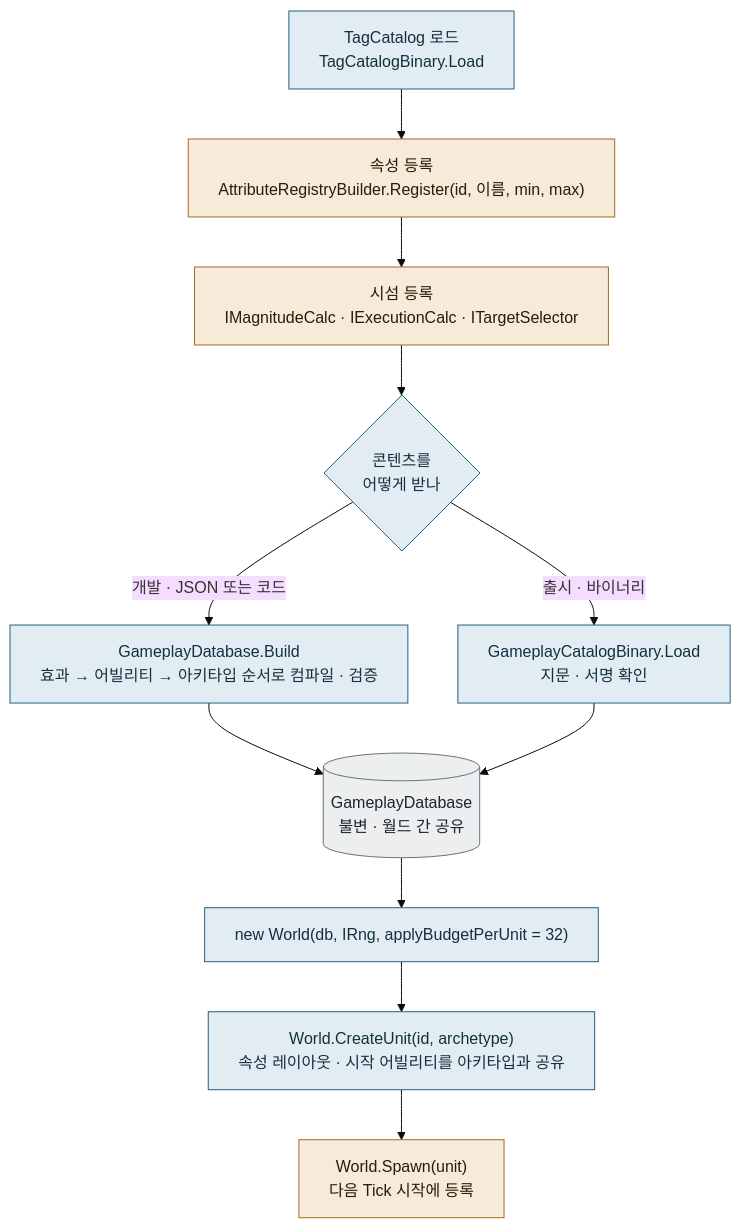
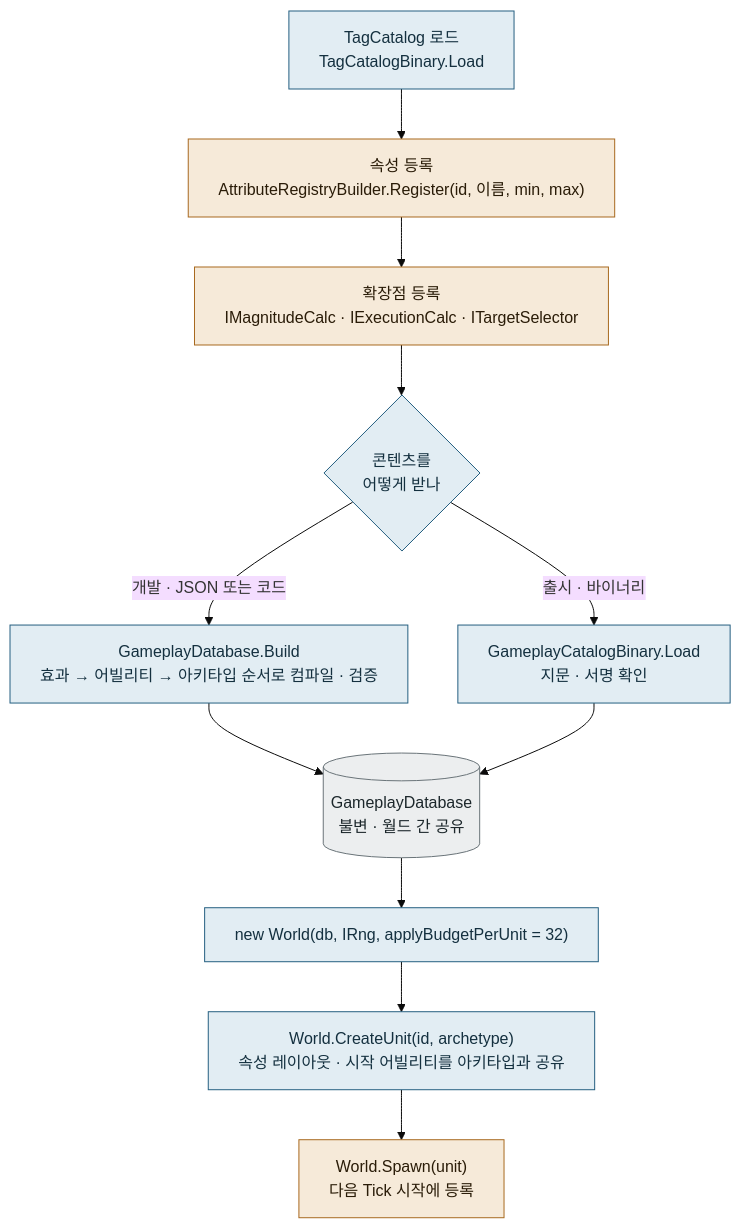
One commit to Bun3/bun3-kit changed the seventh of 13 diagrams in docs/architecture/gameplay.md. Above: the diagram before and after it, drawn with Mermaid (base theme). The commit also changed other lines of this file and 1 other file, not shown here.

````diff
--- a/docs/architecture/gameplay.md
+++ b/docs/architecture/gameplay.md
@@ -187,18 +187,18 @@
 ```mermaid
 %%{init: {"flowchart": {"wrappingWidth": 640}}}%%
 flowchart TD
   T["TagCatalog 로드<br/>TagCatalogBinary.Load"] --> R
   R["속성 등록<br/>AttributeRegistryBuilder.Register(id, 이름, min, max)"]:::game --> S
-  S["시섬 등록<br/>IMagnitudeCalc · IExecutionCalc · ITargetSelector"]:::game --> D
+  S["확장점 등록<br/>IMagnitudeCalc · IExecutionCalc · ITargetSelector"]:::game --> D
   D{"콘텐츠를<br/>어떻게 받나"}
   D -->|"개발 · JSON 또는 코드"| B["GameplayDatabase.Build<br/>효과 → 어빌리티 → 아키타입 순서로 컴파일 · 검증"]
   D -->|"출시 · 바이너리"| L["GameplayCatalogBinary.Load<br/>지문 · 서명 확인"]
   B --> DB[("GameplayDatabase<br/>불변 · 월드 간 공유")]:::art
   L --> DB
   DB --> W["new World(db, IRng, applyBudgetPerUnit = 32)"]
   W --> C["World.CreateUnit(id, archetype)<br/>속성 레이아웃 · 시작 어빌리티를 아키타입과 공유"]
   C --> P["World.Spawn(unit)<br/>다음 Tick 시작에 등록"]:::game
   classDef game fill:#f6ead9,stroke:#a8691f,color:#2a1c08
   classDef art fill:#eceeef,stroke:#6a7479,color:#1c272b
   classDef default fill:#e2edf3,stroke:#255f80,color:#14303f
 ```
````
